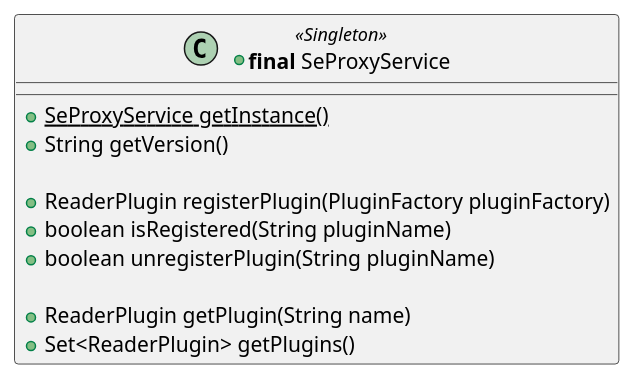
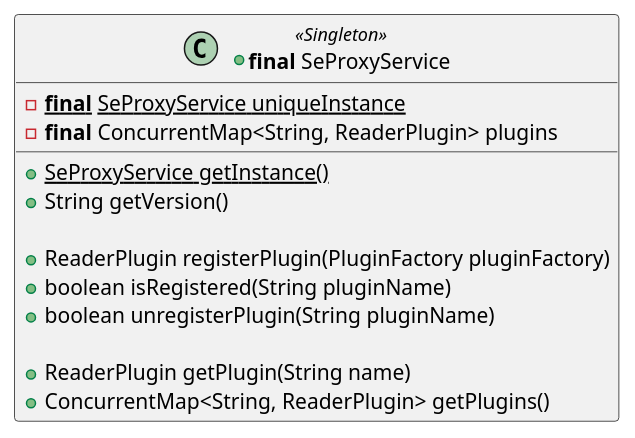
One commit to calypsonet/keyple changed the second of 47 diagrams in src/KeypleCoreApi/ApplicationApi/puml/KeypleCore-ApplicationApi-ClassDiag-SE_Proxy-ClassElements.iuml. Above: the diagram before and after it, drawn with PlantUML. The commit also changed 18 other files, not shown here.

```diff
--- a/src/KeypleCoreApi/ApplicationApi/puml/KeypleCore-ApplicationApi-ClassDiag-SE_Proxy-ClassElements.iuml
+++ b/src/KeypleCoreApi/ApplicationApi/puml/KeypleCore-ApplicationApi-ClassDiag-SE_Proxy-ClassElements.iuml
@@ -28,13 +28,15 @@
 @startuml(id=SEPROXY_SERVICE_0_9)
 +class "<b>final</b> SeProxyService" as SeProxyService << Singleton >> {
+  -<b>final</b> {static}SeProxyService uniqueInstance
+  -<b>final</b> ConcurrentMap<String, ReaderPlugin> plugins
   +{static}SeProxyService getInstance()
   +String getVersion()
 
   +ReaderPlugin registerPlugin(PluginFactory pluginFactory)
   +boolean isRegistered(String pluginName)
   +boolean unregisterPlugin(String pluginName)
 
   +ReaderPlugin getPlugin(String name)
-  +Set<ReaderPlugin> getPlugins()
+  +ConcurrentMap<String, ReaderPlugin> getPlugins()
 }
 @enduml
```
